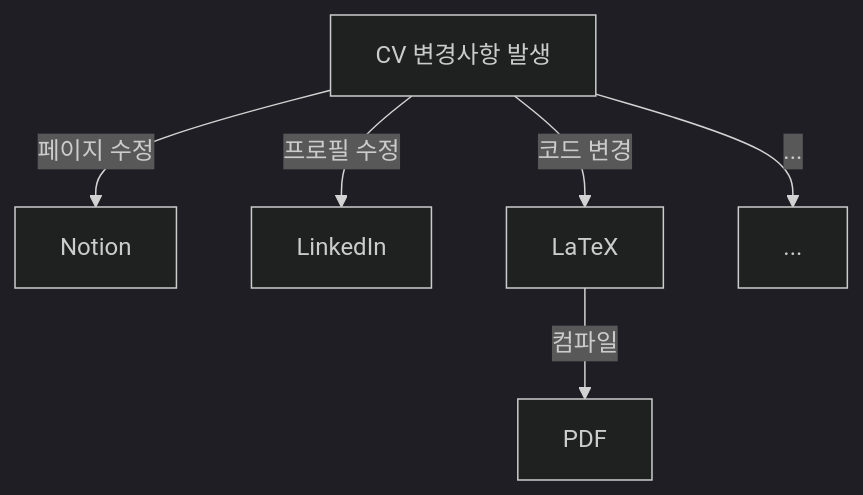
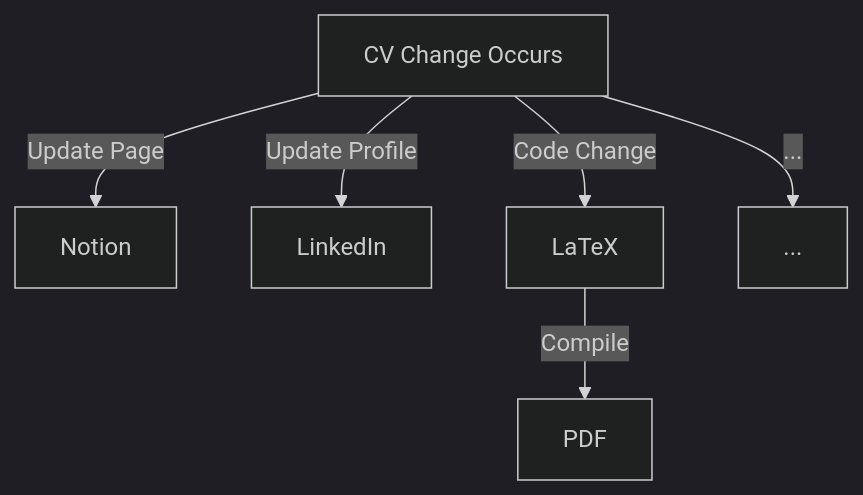
The first of 3 diagrams in README.md (PngWnA/cvMax), drawn with Mermaid (dark theme) before and after one commit. The commit also changed other lines of this file, not shown here.

````diff
--- a/README.md
+++ b/README.md
@@ -8,8 +8,8 @@
 ```mermaid
 flowchart TD
-    CV[CV 변경사항 발생]
-    CV -- 페이지 수정 --> Notion[Notion]
-    CV -- 프로필 수정 --> LinkedIn[LinkedIn]
-    CV -- 코드 변경 --> LaTeX[LaTeX] --컴파일--> PDF[PDF]
+    CV[CV Change Occurs]
+    CV -- Update Page --> Notion[Notion]
+    CV -- Update Profile --> LinkedIn[LinkedIn]
+    CV -- Code Change --> LaTeX[LaTeX] --Compile--> PDF[PDF]
     CV -- ... --> ...[...]
 ```
````
